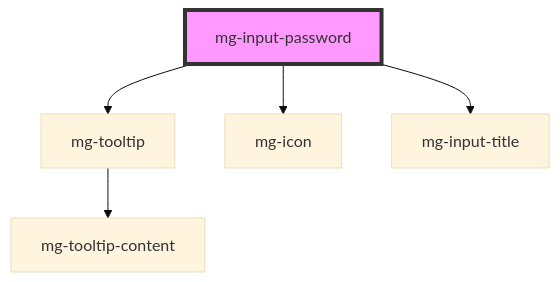
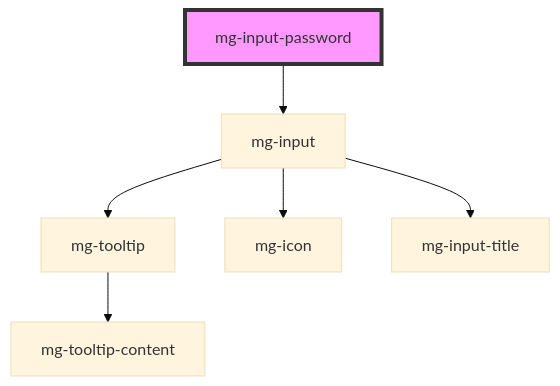
Before and after one commit to MGDIS/core-ui: the diagram in packages/mg-components/src/components/molecules/inputs/mg-input-password/readme.md, drawn with Mermaid (base theme). The commit also changed other lines of this file and 39 other files, not shown here.

````diff
--- a/packages/mg-components/src/components/molecules/inputs/mg-input-password/readme.md
+++ b/packages/mg-components/src/components/molecules/inputs/mg-input-password/readme.md
@@ -79,8 +77,9 @@
 ```mermaid
 graph TD;
-  mg-input-password --> mg-tooltip
-  mg-input-password --> mg-icon
-  mg-input-password --> mg-input-title
+  mg-input-password --> mg-input
+  mg-input --> mg-tooltip
+  mg-input --> mg-icon
+  mg-input --> mg-input-title
   mg-tooltip --> mg-tooltip-content
   style mg-input-password fill:#f9f,stroke:#333,stroke-width:4px
 ```
````
